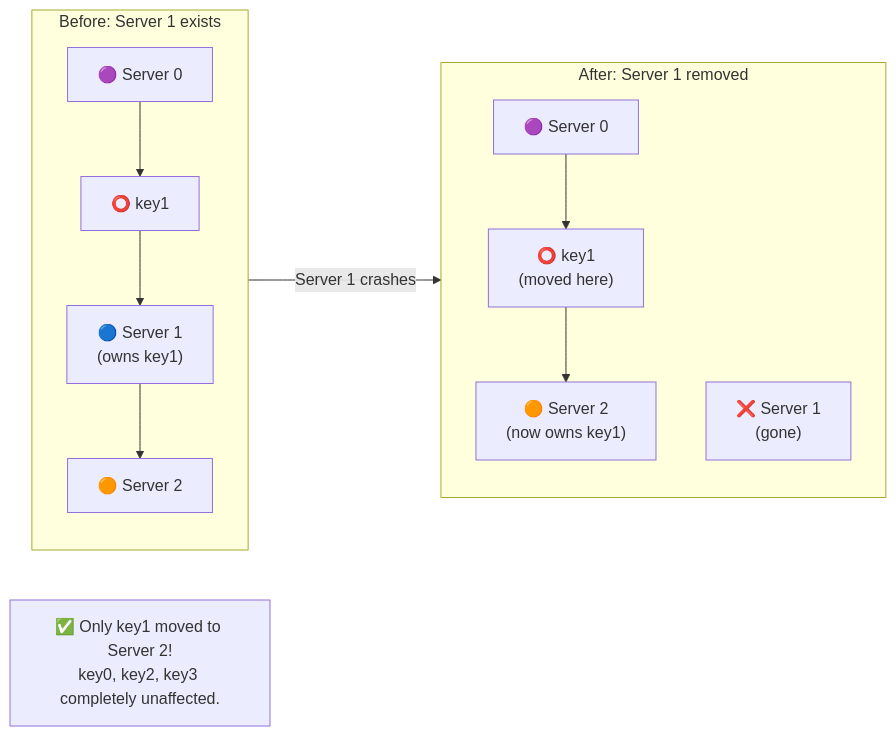
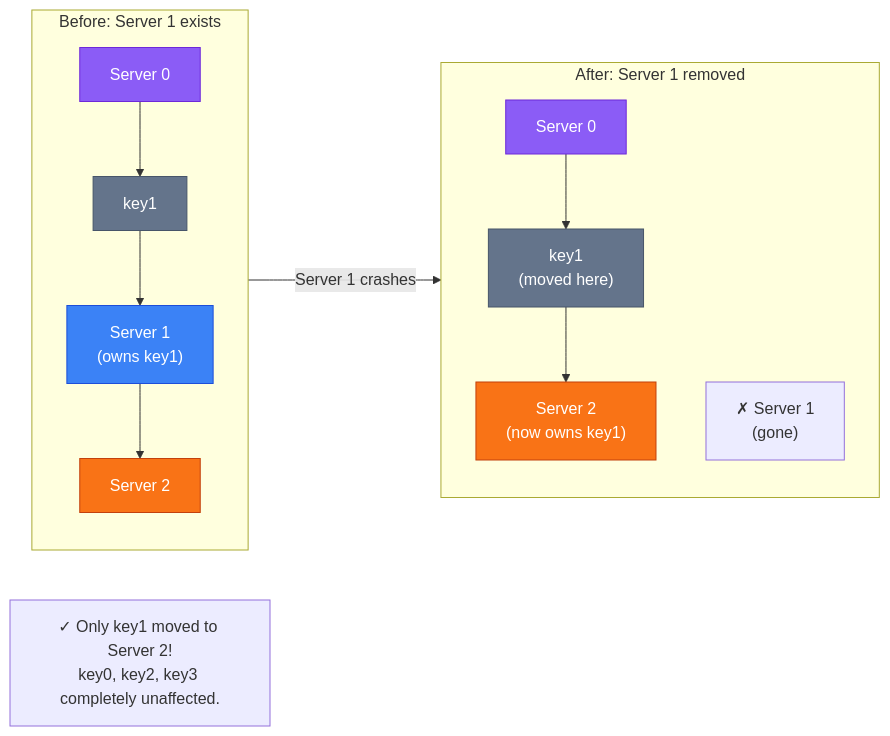
One commit to devops-monk/system-design-blog changed the eighth of 23 diagrams in content/posts/2026/design-consistent-hashing.md. Above: the diagram before and after it, drawn with Mermaid. The commit also changed other lines of this file and 5 other files, not shown here.

````diff
--- a/content/posts/2026/design-consistent-hashing.md
+++ b/content/posts/2026/design-consistent-hashing.md
@@ -286,24 +304,31 @@
 ```mermaid
 flowchart LR
     subgraph BEFORE["Before: Server 1 exists"]
         direction TB
-        bS0["🟣 Server 0"]
-        bS1["🔵 Server 1\n(owns key1)"]
-        bS2["🟠 Server 2"]
-        bK1["⭕ key1"]
+        bS0["Server 0"]
+        bS1["Server 1\n(owns key1)"]
+        bS2["Server 2"]
+        bK1["key1"]
         bS0 --> bK1 --> bS1 --> bS2
     end
 
     subgraph AFTER["After: Server 1 removed"]
         direction TB
-        aS0["🟣 Server 0"]
-        aS1["❌ Server 1\n(gone)"]
-        aS2["🟠 Server 2\n(now owns key1)"]
-        aK1["⭕ key1\n(moved here)"]
+        aS0["Server 0"]
+        aS1["✗ Server 1\n(gone)"]
+        aS2["Server 2\n(now owns key1)"]
+        aK1["key1\n(moved here)"]
         aS0 --> aK1 --> aS2
     end
 
     BEFORE -->|"Server 1 crashes"| AFTER
 
-    RESULT["✅ Only key1 moved to Server 2!\nkey0, key2, key3 completely unaffected."]
+    RESULT["✓ Only key1 moved to Server 2!\nkey0, key2, key3 completely unaffected."]
+    style bS0 fill:#8B5CF6,stroke:#6D28D9,color:#fff
+    style aS0 fill:#8B5CF6,stroke:#6D28D9,color:#fff
+    style bS1 fill:#3B82F6,stroke:#1D4ED8,color:#fff
+    style bS2 fill:#F97316,stroke:#C2410C,color:#fff
+    style aS2 fill:#F97316,stroke:#C2410C,color:#fff
+    style bK1 fill:#64748B,stroke:#475569,color:#fff
+    style aK1 fill:#64748B,stroke:#475569,color:#fff
 ```
````
